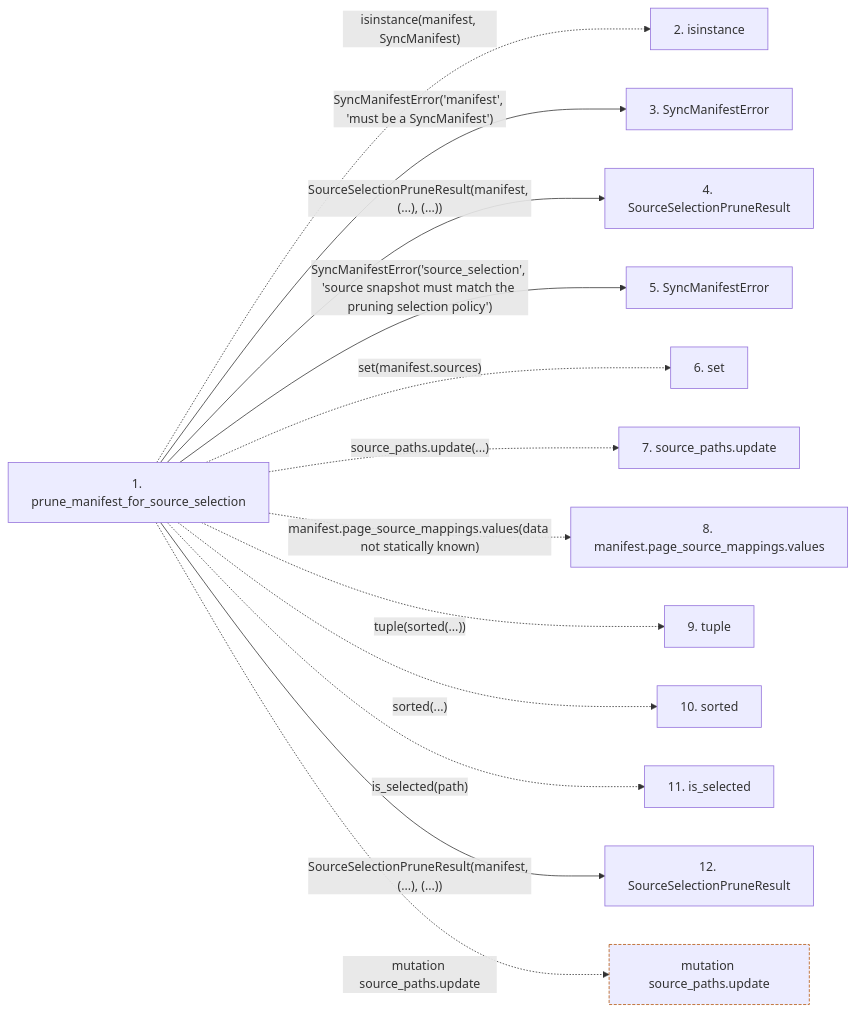
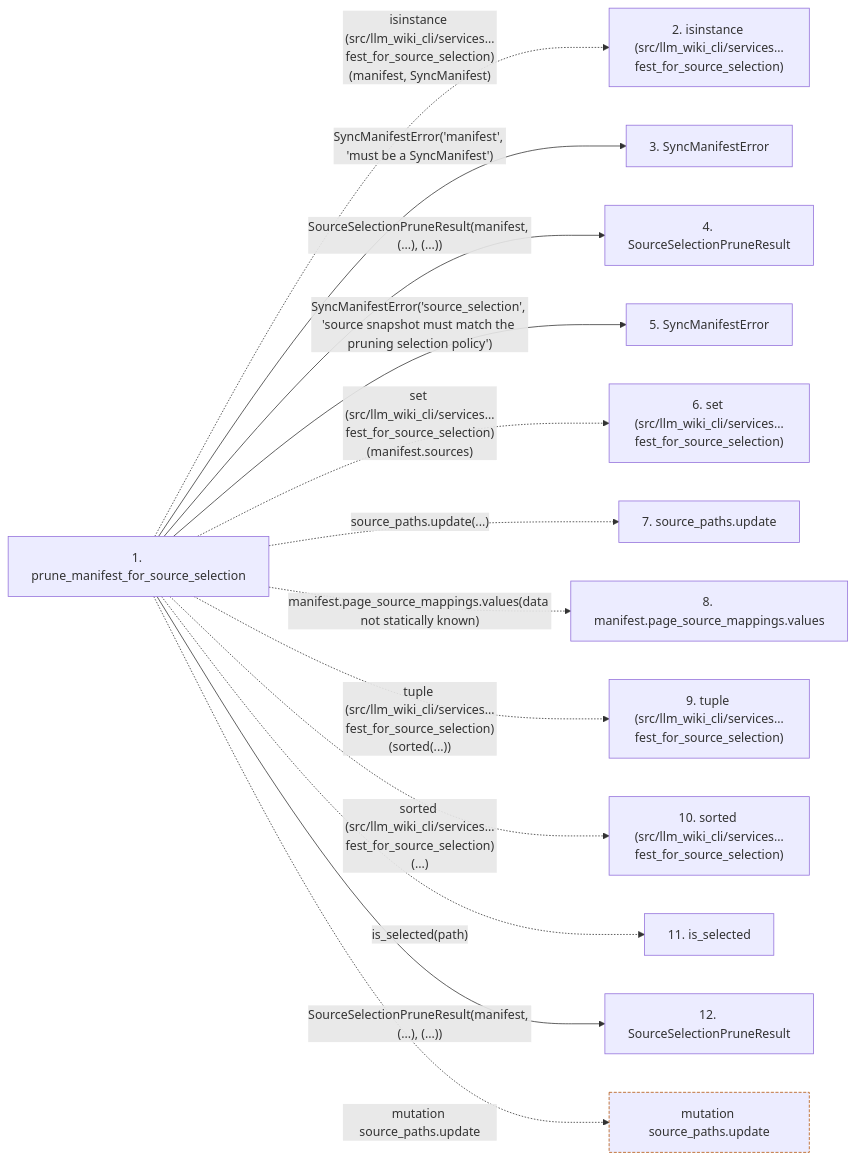
The second of 2 diagrams in docs/llm_wiki/flows/api-prune_manifest_for_source_selection.md (Denissvgn/python-wiki-llm), drawn with Mermaid before and after one commit. The commit also changed other lines of this file and 473 other files, not shown here.

Commit message:
docs(wiki): document source member retirement and custody

````diff
--- a/docs/llm_wiki/flows/api-prune_manifest_for_source_selection.md
+++ b/docs/llm_wiki/flows/api-prune_manifest_for_source_selection.md
@@ -64,35 +99,35 @@
 ```mermaid
 flowchart LR
     s1["1. prune_manifest_for_source_selection"]
-    s2["2. isinstance"]
+    s2["2. isinstance (src/llm_wiki_cli/services…fest_for_source_selection)"]
     s3["3. SyncManifestError"]
     s4["4. SourceSelectionPruneResult"]
     s5["5. SyncManifestError"]
-    s6["6. set"]
+    s6["6. set (src/llm_wiki_cli/services…fest_for_source_selection)"]
     s7["7. source_paths.update"]
     s8["8. manifest.page_source_mappings.values"]
-    s9["9. tuple"]
-    s10["10. sorted"]
+    s9["9. tuple (src/llm_wiki_cli/services…fest_for_source_selection)"]
+    s10["10. sorted (src/llm_wiki_cli/services…fest_for_source_selection)"]
     s11["11. is_selected"]
     s12["12. SourceSelectionPruneResult"]
-    s1 -. "isinstance(manifest, SyncManifest)" .-> s2
+    s1 -. "isinstance (src/llm_wiki_cli/services…fest_for_source_selection)(manifest, SyncManifest)" .-> s2
     s1 -->|"SyncManifestError('manifest', 'must be a SyncManifest')"| s3
     s1 -->|"SourceSelectionPruneResult(manifest, (...), (...))"| s4
     s1 -->|"SyncManifestError('source_selection', 'source snapshot must match the pruning selection policy')"| s5
-    s1 -. "set(manifest.sources)" .-> s6
+    s1 -. "set (src/llm_wiki_cli/services…fest_for_source_selection)(manifest.sources)" .-> s6
     s1 -. "source_paths.update(...)" .-> s7
     s1 -. "manifest.page_source_mappings.values(data not statically known)" .-> s8
-    s1 -. "tuple(sorted(...))" .-> s9
-    s1 -. "sorted(...)" .-> s10
+    s1 -. "tuple (src/llm_wiki_cli/services…fest_for_source_selection)(sorted(...))" .-> s9
+    s1 -. "sorted (src/llm_wiki_cli/services…fest_for_source_selection)(...)" .-> s10
     s1 -. "is_selected(path)" .-> s11
     s1 -->|"SourceSelectionPruneResult(manifest, (...), (...))"| s12
     b0["mutation source_paths.update"]
     s1 -. "mutation source_paths.update" .-> b0
     click s1 "../modules/sync_manifest.md"
     click s3 "../modules/sync_manifest.md"
     click s4 "../modules/sync_manifest.md"
     click s5 "../modules/sync_manifest.md"
     click s12 "../modules/sync_manifest.md"
     classDef boundary stroke:#b45309,stroke-dasharray: 4 2
     class b0 boundary
 ```
````
